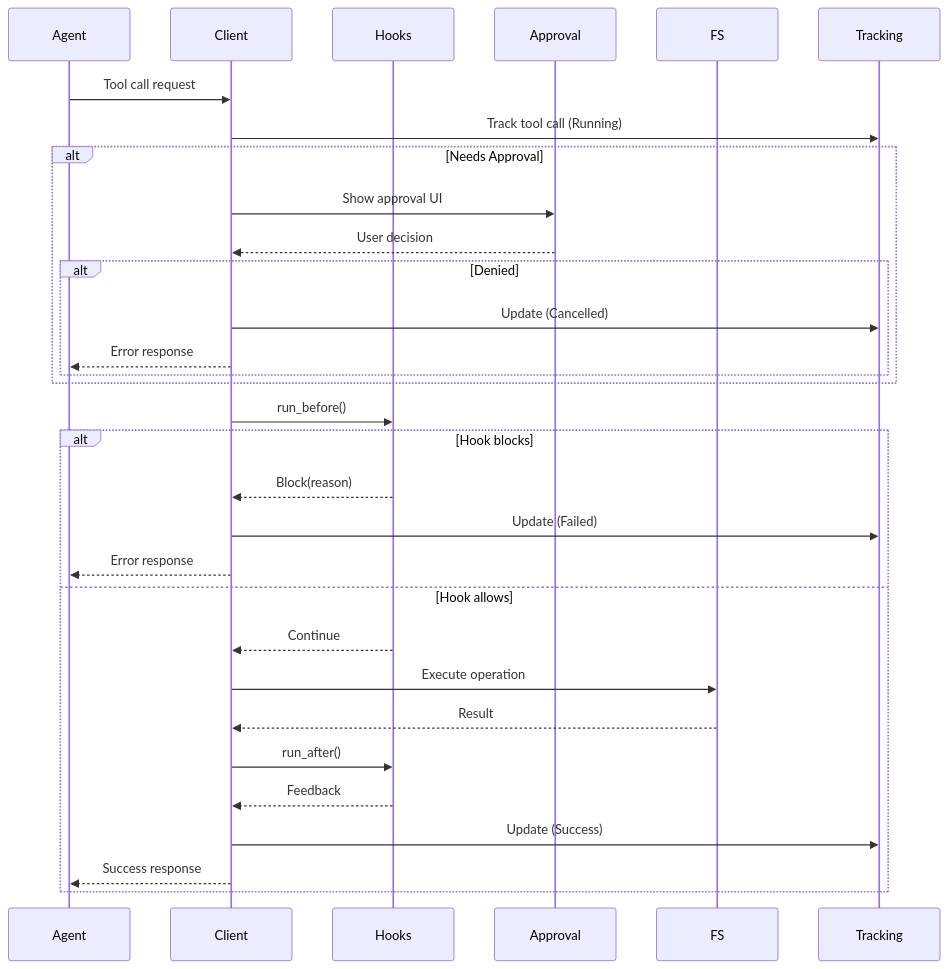
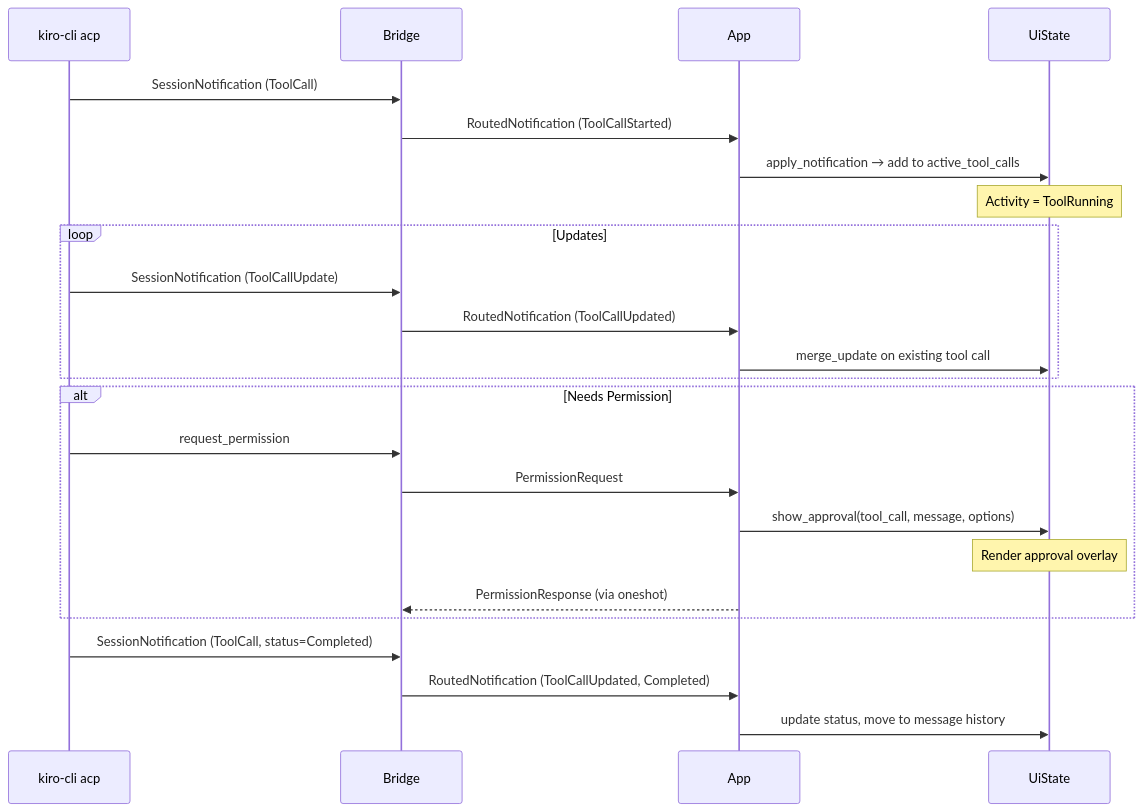
One commit to dwalleck/cyril changed the fourth of 9 diagrams in .agents/summary/workflows.md. Above: the diagram before and after it, drawn with Mermaid. The commit also changed other lines of this file and 9 other files, not shown here.

````diff
--- a/.agents/summary/workflows.md
+++ b/.agents/summary/workflows.md
@@ -236,38 +97,30 @@
 ```mermaid
 sequenceDiagram
-    participant Agent
-    participant Client
-    participant Hooks
-    participant Approval
-    participant FS
-    participant Tracking
-    
-    Agent->>Client: Tool call request
-    Client->>Tracking: Track tool call (Running)
-    
-    alt Needs Approval
-        Client->>Approval: Show approval UI
-        Approval-->>Client: User decision
-        
-        alt Denied
-            Client->>Tracking: Update (Cancelled)
-            Client-->>Agent: Error response
-        end
+    participant Agent as kiro-cli acp
+    participant Bridge
+    participant App
+    participant UiState
+
+    Agent->>Bridge: SessionNotification (ToolCall)
+    Bridge->>App: RoutedNotification (ToolCallStarted)
+    App->>UiState: apply_notification → add to active_tool_calls
+    Note over UiState: Activity = ToolRunning
+
+    loop Updates
+        Agent->>Bridge: SessionNotification (ToolCallUpdate)
+        Bridge->>App: RoutedNotification (ToolCallUpdated)
+        App->>UiState: merge_update on existing tool call
     end
-    
-    Client->>Hooks: run_before()
-    
-    alt Hook blocks
-        Hooks-->>Client: Block(reason)
-        Client->>Tracking: Update (Failed)
-        Client-->>Agent: Error response
-    else Hook allows
-        Hooks-->>Client: Continue
-        Client->>FS: Execute operation
-        FS-->>Client: Result
-        Client->>Hooks: run_after()
-        Hooks-->>Client: Feedback
-        Client->>Tracking: Update (Success)
-        Client-->>Agent: Success response
+
+    alt Needs Permission
+        Agent->>Bridge: request_permission
+        Bridge->>App: PermissionRequest
+        App->>UiState: show_approval(tool_call, message, options)
+        Note over UiState: Render approval overlay
+        App-->>Bridge: PermissionResponse (via oneshot)
     end
+
+    Agent->>Bridge: SessionNotification (ToolCall, status=Completed)
+    Bridge->>App: RoutedNotification (ToolCallUpdated, Completed)
+    App->>UiState: update status, move to message history
 ```
````
